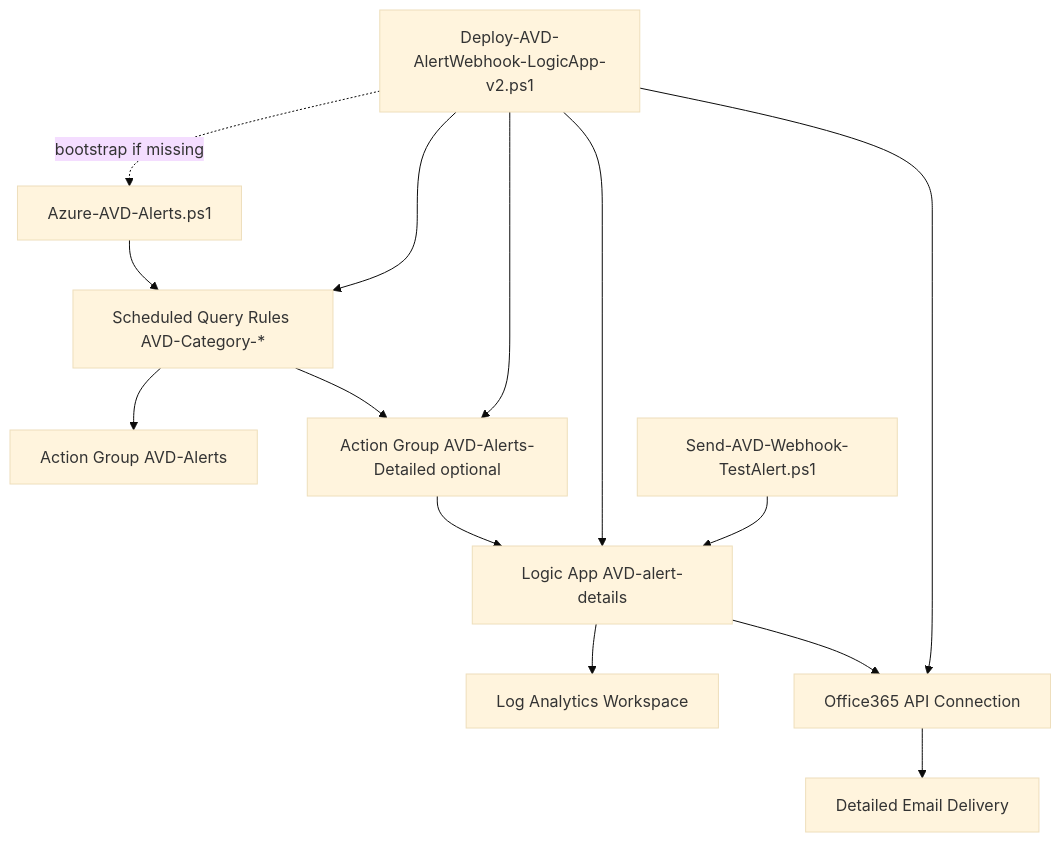
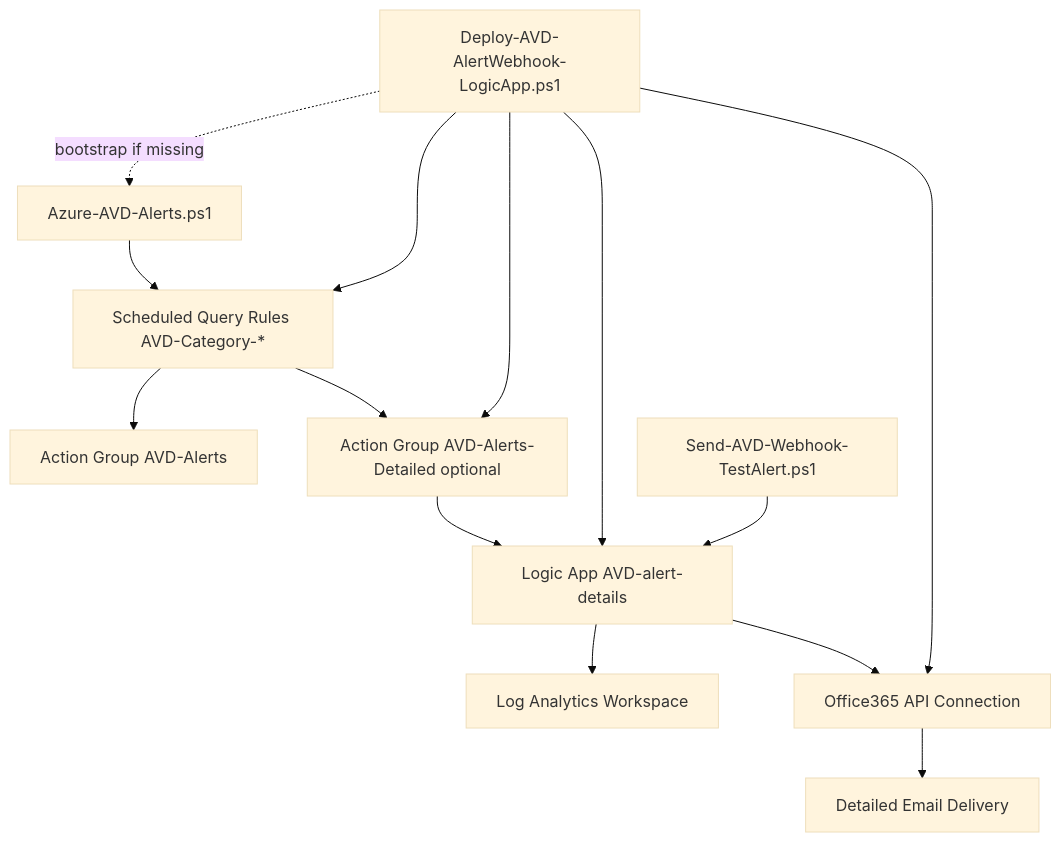
Before and after one commit to AzaryaShaulov/AVD: the first of 2 diagrams in AVD-AzAlerts/README.md, drawn with Mermaid (base theme). The commit also changed other lines of this file and 5 other files, not shown here.

First line of the commit message:
Refactor AVD alert scripts and documentation

````diff
--- a/AVD-AzAlerts/README.md
+++ b/AVD-AzAlerts/README.md
@@ -33,19 +33,19 @@
 ```mermaid
 flowchart TD
     R[Azure-AVD-Alerts.ps1] --> SQ[Scheduled Query Rules AVD-Category-*]
     SQ --> AG1[Action Group AVD-Alerts]
     SQ --> AG2[Action Group AVD-Alerts-Detailed optional]
 
     AG2 --> LA[Logic App AVD-alert-details]
     LA --> LAW[Log Analytics Workspace]
     LA --> O365[Office365 API Connection]
     O365 --> M[Detailed Email Delivery]
 
-    D[Deploy-AVD-AlertWebhook-LogicApp-v2.ps1] --> LA
+    D[Deploy-AVD-AlertWebhook-LogicApp.ps1] --> LA
     D --> AG2
     D --> O365
     D -.bootstrap if missing.-> R
     D --> SQ
 
     T[Send-AVD-Webhook-TestAlert.ps1] --> LA
 ```
````
